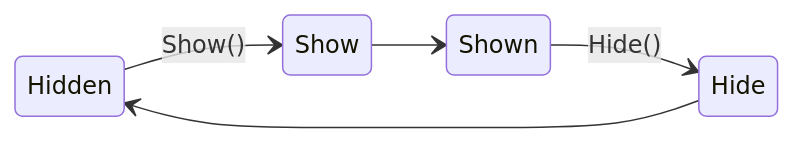
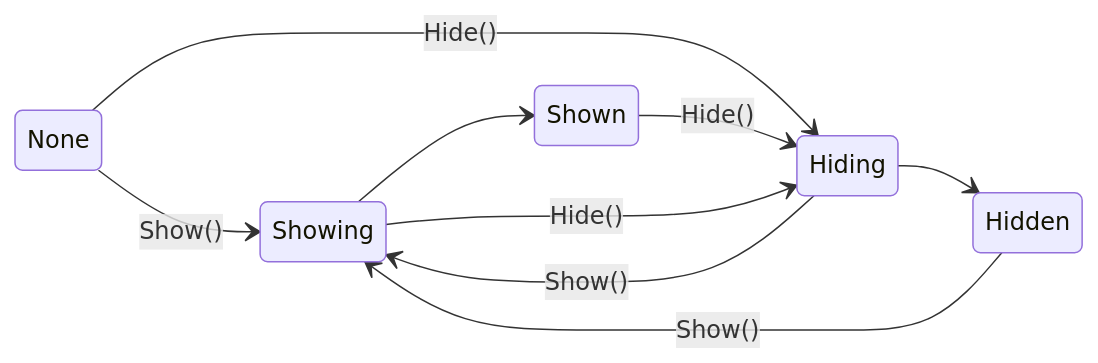
One commit to CatCodeGames/StatefulEffects changed the first of 4 diagrams in README.md. Above: the diagram before and after it, drawn with Mermaid. The commit also changed other lines of this file and 265 other files, not shown here.

````diff
--- a/README.md
+++ b/README.md
@@ -11,10 +33,13 @@
 ```mermaid
 stateDiagram-v2
     direction LR
 
-    Hidden --> Show : Show()
-    Show --> Shown
-
-    Shown --> Hide : Hide()
-    Hide --> Hidden
+    None --> Showing : Show()
+    None --> Hiding : Hide()
+    Hidden --> Showing : Show()
+    Showing --> Shown
+    Shown --> Hiding : Hide()
+    Hiding --> Hidden
+    Showing --> Hiding : Hide()
+    Hiding --> Showing : Show()
 ```
````
